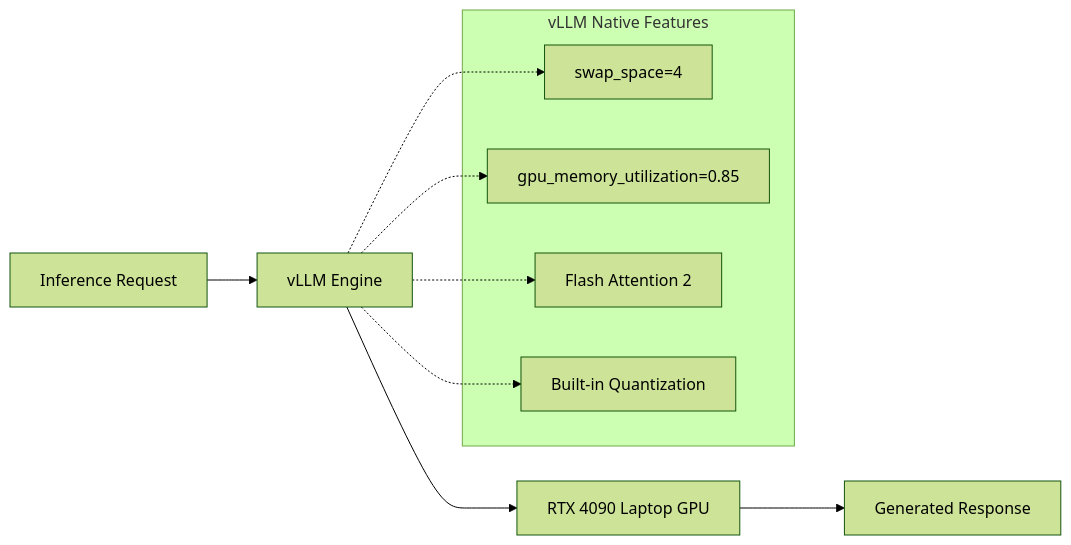
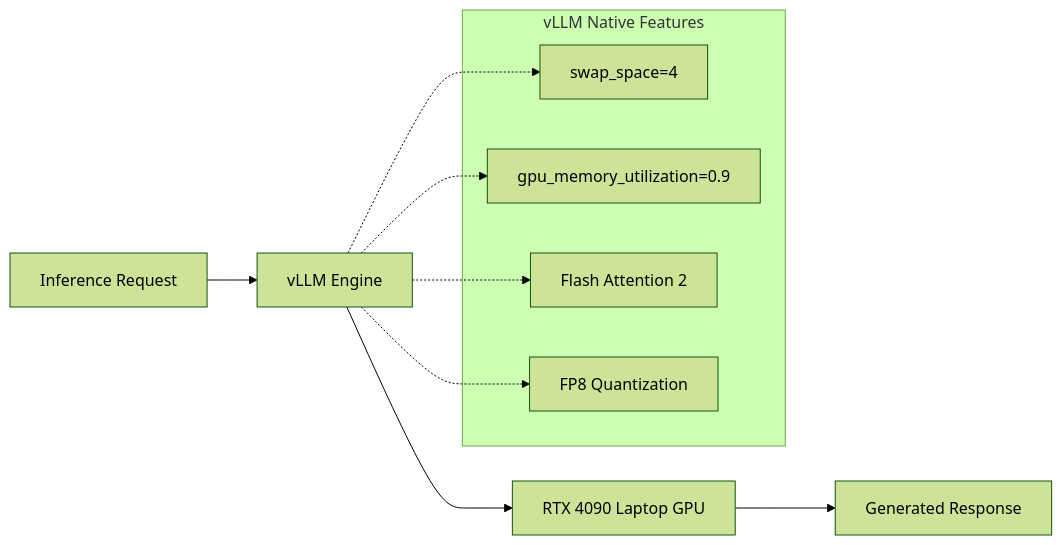
Before and after one commit to BjornMelin/ai-job-scraper: the first of 2 diagrams in docs/adrs/ADR-005-inference-stack.md, drawn with Mermaid (forest theme). The commit also changed other lines of this file and 11 other files, not shown here.

````diff
--- a/docs/adrs/ADR-005-inference-stack.md
+++ b/docs/adrs/ADR-005-inference-stack.md
@@ -69,18 +69,18 @@
 ```mermaid
 graph LR
     A[Inference Request] --> B[vLLM Engine]
     B --> C[RTX 4090 Laptop GPU]
     C --> D[Generated Response]
     
     subgraph "vLLM Native Features"
         E[swap_space=4]
-        F[gpu_memory_utilization=0.85]
+        F[gpu_memory_utilization=0.9]
         G[Flash Attention 2]
-        H[Built-in Quantization]
+        H[FP8 Quantization]
     end
     
     B -.-> E
     B -.-> F
     B -.-> G
     B -.-> H
 ```
````
